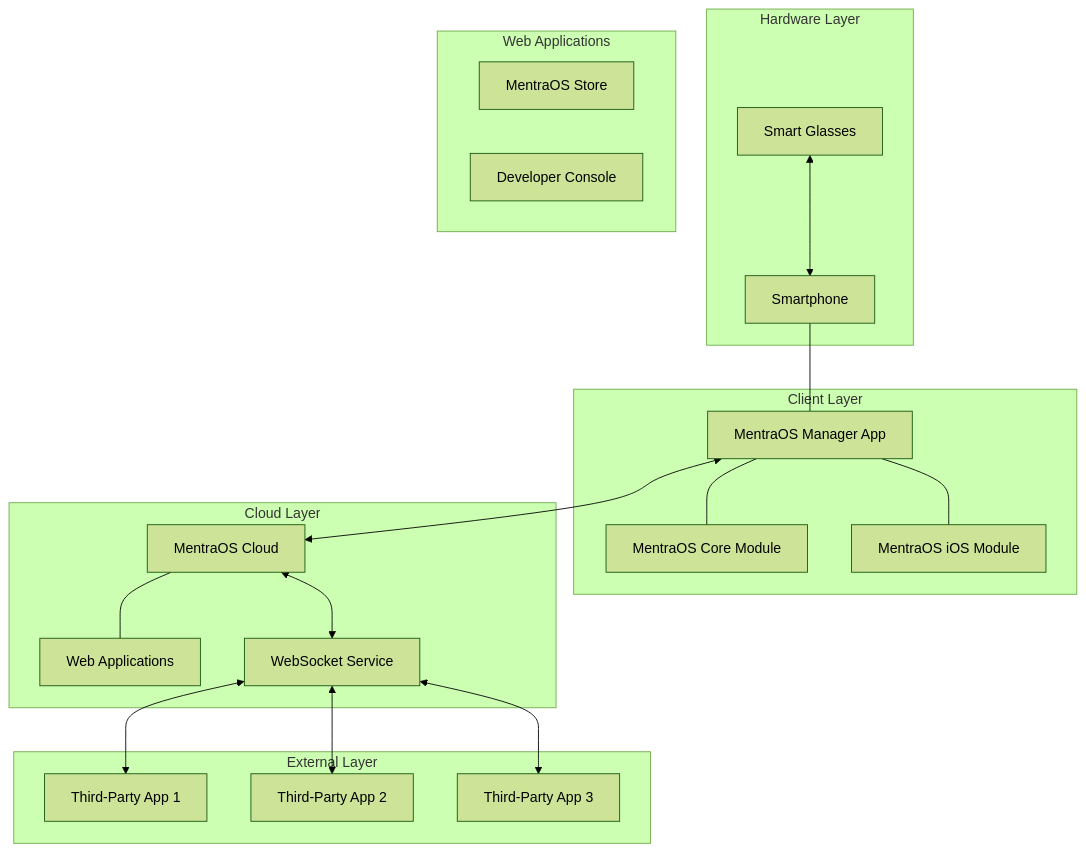
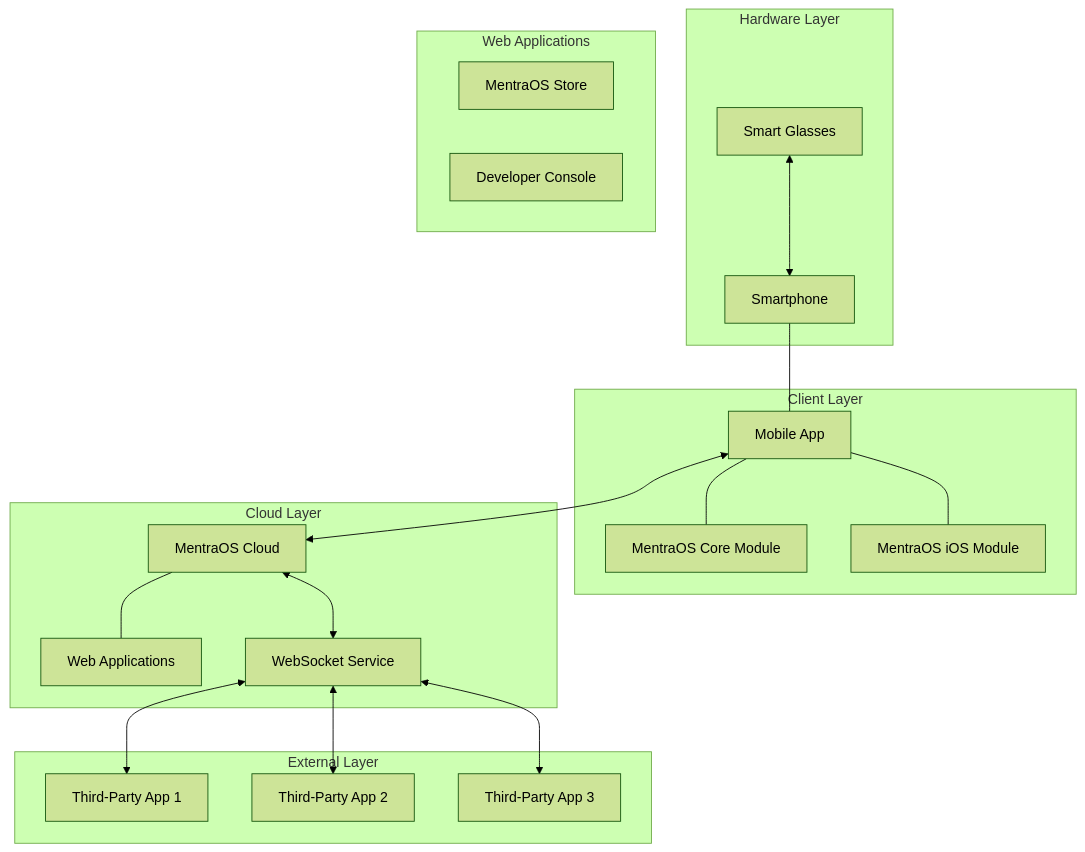
One commit to ebowwa/MentraOS changed the first of 2 diagrams in docs/docs/contributing.md. Above: the diagram before and after it, drawn with Mermaid (forest theme). The commit also changed other lines of this file and 4 other files, not shown here.

````diff
--- a/docs/docs/contributing.md
+++ b/docs/docs/contributing.md
@@ -17,41 +17,41 @@
 ```mermaid
 graph TD
     subgraph "Hardware Layer"
         SG[Smart Glasses]
         Phone[Smartphone]
     end
 
     subgraph "Client Layer"
-        AOSManager[MentraOS Manager App]
+        MobileApp[Mobile App]
         AOSCore[MentraOS Core Module]
         AOSiOS[MentraOS iOS Module]
     end
 
     subgraph "Cloud Layer"
         AOSCloud[MentraOS Cloud]
         WebApps[Web Applications]
         WebSocket[WebSocket Service]
     end
 
     subgraph "Web Applications"
         AppStore[MentraOS Store]
         DevConsole[Developer Console]
     end
 
     subgraph "External Layer"
         App1[Third-Party App 1]
         App2[Third-Party App 2]
         App3[Third-Party App 3]
     end
 
     SG <--> Phone
-    Phone --- AOSManager
-    AOSManager --- AOSCore
-    AOSManager --- AOSiOS
-    AOSManager <--> AOSCloud
+    Phone --- MobileApp
+    MobileApp --- AOSCore
+    MobileApp --- AOSiOS
+    MobileApp <--> AOSCloud
     AOSCloud --- WebApps
     AOSCloud <--> WebSocket
     WebSocket <--> App1
     WebSocket <--> App2
     WebSocket <--> App3
 ```
````
